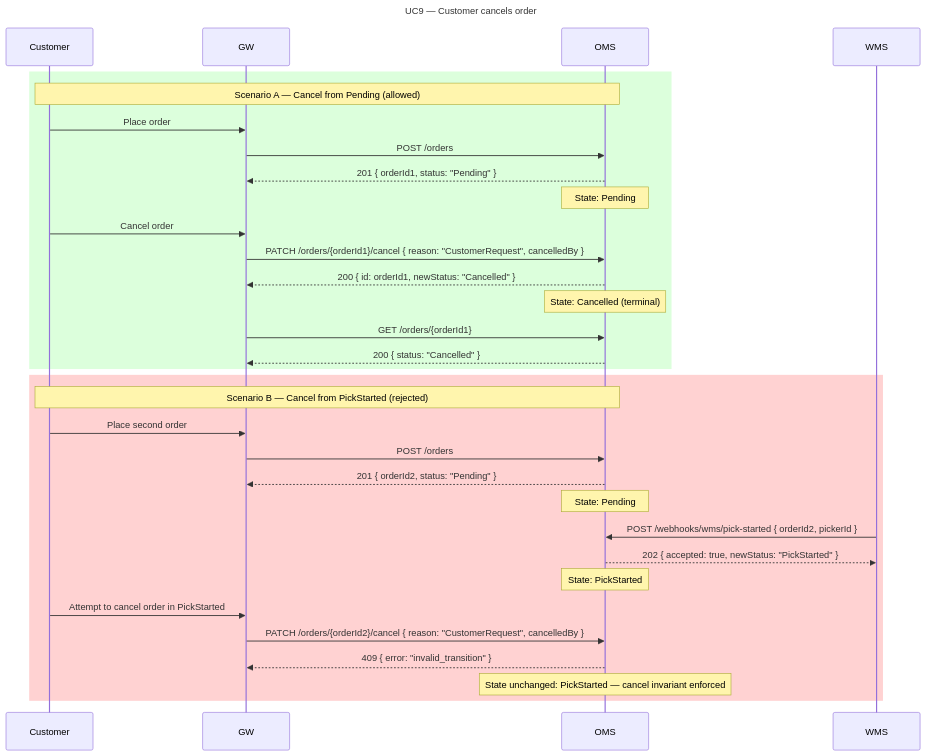
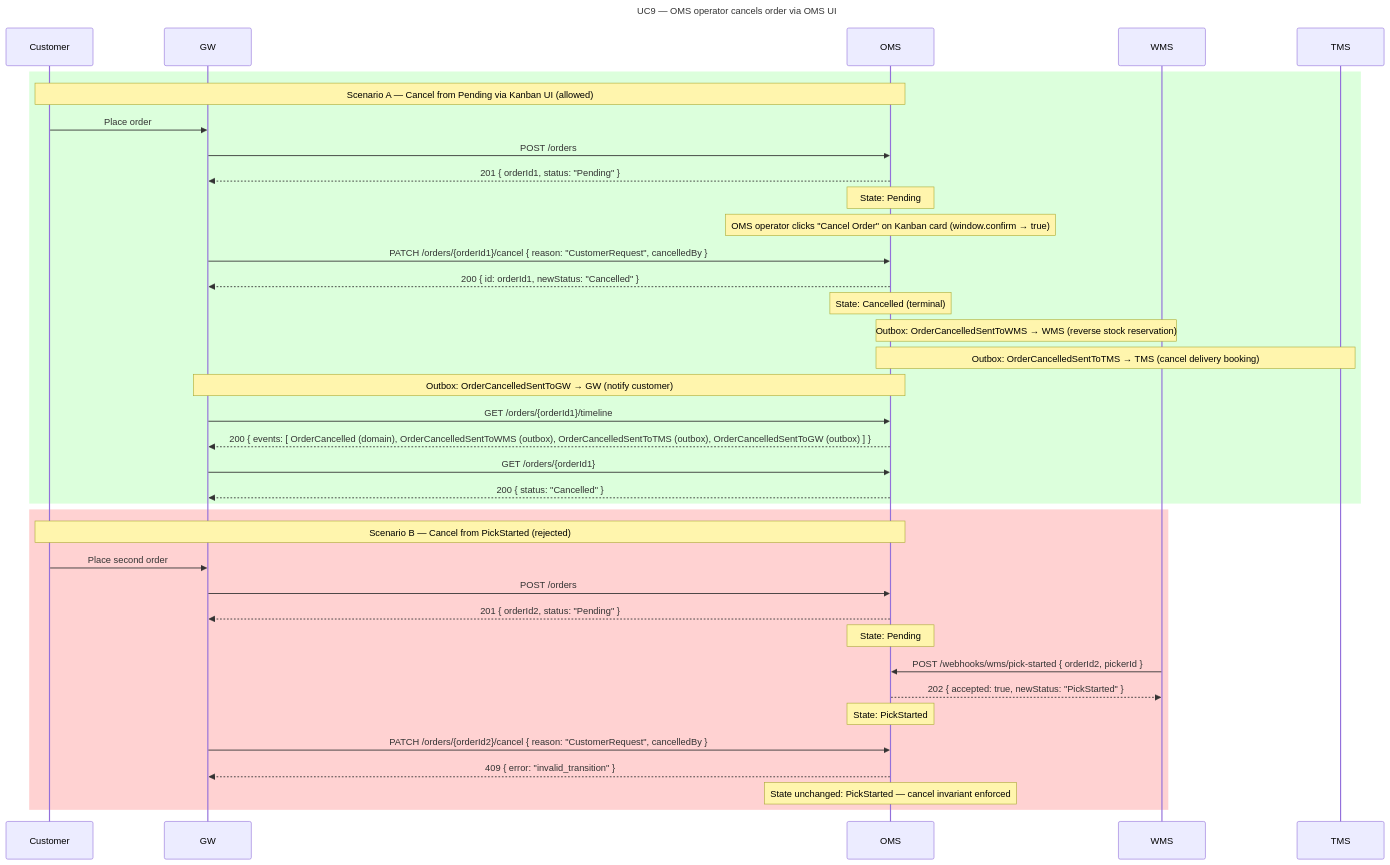
Before and after one commit to rosered11/oms-claude: the ninth of 13 diagrams in docs/oms-e2e-sequence-diagrams.md, drawn with Mermaid. The commit also changed other lines of this file and 15 other files, not shown here.

````diff
--- a/docs/oms-e2e-sequence-diagrams.md
+++ b/docs/oms-e2e-sequence-diagrams.md
@@ -527,42 +533,48 @@
 ```mermaid
 sequenceDiagram
-  title: UC9 — Customer cancels order
+  title: UC9 — OMS operator cancels order via OMS UI
 
   participant Customer
   participant GW
   participant OMS
   participant WMS
+  participant TMS
 
   rect rgb(220, 255, 220)
-    Note over Customer,OMS: Scenario A — Cancel from Pending (allowed)
+    Note over Customer,OMS: Scenario A — Cancel from Pending via Kanban UI (allowed)
     Customer->>GW: Place order
     GW->>OMS: POST /orders
     OMS-->>GW: 201 { orderId1, status: "Pending" }
     Note over OMS: State: Pending
 
-    Customer->>GW: Cancel order
+    Note over OMS: OMS operator clicks "Cancel Order" on Kanban card (window.confirm → true)
     GW->>OMS: PATCH /orders/{orderId1}/cancel { reason: "CustomerRequest", cancelledBy }
     OMS-->>GW: 200 { id: orderId1, newStatus: "Cancelled" }
     Note over OMS: State: Cancelled (terminal)
+    Note over OMS,WMS: Outbox: OrderCancelledSentToWMS → WMS (reverse stock reservation)
+    Note over OMS,TMS: Outbox: OrderCancelledSentToTMS → TMS (cancel delivery booking)
+    Note over OMS,GW: Outbox: OrderCancelledSentToGW → GW (notify customer)
+
+    GW->>OMS: GET /orders/{orderId1}/timeline
+    OMS-->>GW: 200 { events: [ OrderCancelled (domain), OrderCancelledSentToWMS (outbox), OrderCancelledSentToTMS (outbox), OrderCancelledSentToGW (outbox) ] }
 
     GW->>OMS: GET /orders/{orderId1}
     OMS-->>GW: 200 { status: "Cancelled" }
   end
 
   rect rgb(255, 210, 210)
     Note over Customer,OMS: Scenario B — Cancel from PickStarted (rejected)
     Customer->>GW: Place second order
     GW->>OMS: POST /orders
     OMS-->>GW: 201 { orderId2, status: "Pending" }
     Note over OMS: State: Pending
 
     WMS->>OMS: POST /webhooks/wms/pick-started { orderId2, pickerId }
     OMS-->>WMS: 202 { accepted: true, newStatus: "PickStarted" }
     Note over OMS: State: PickStarted
 
-    Customer->>GW: Attempt to cancel order in PickStarted
     GW->>OMS: PATCH /orders/{orderId2}/cancel { reason: "CustomerRequest", cancelledBy }
     OMS-->>GW: 409 { error: "invalid_transition" }
     Note over OMS: State unchanged: PickStarted — cancel invariant enforced
   end
 ```
````
